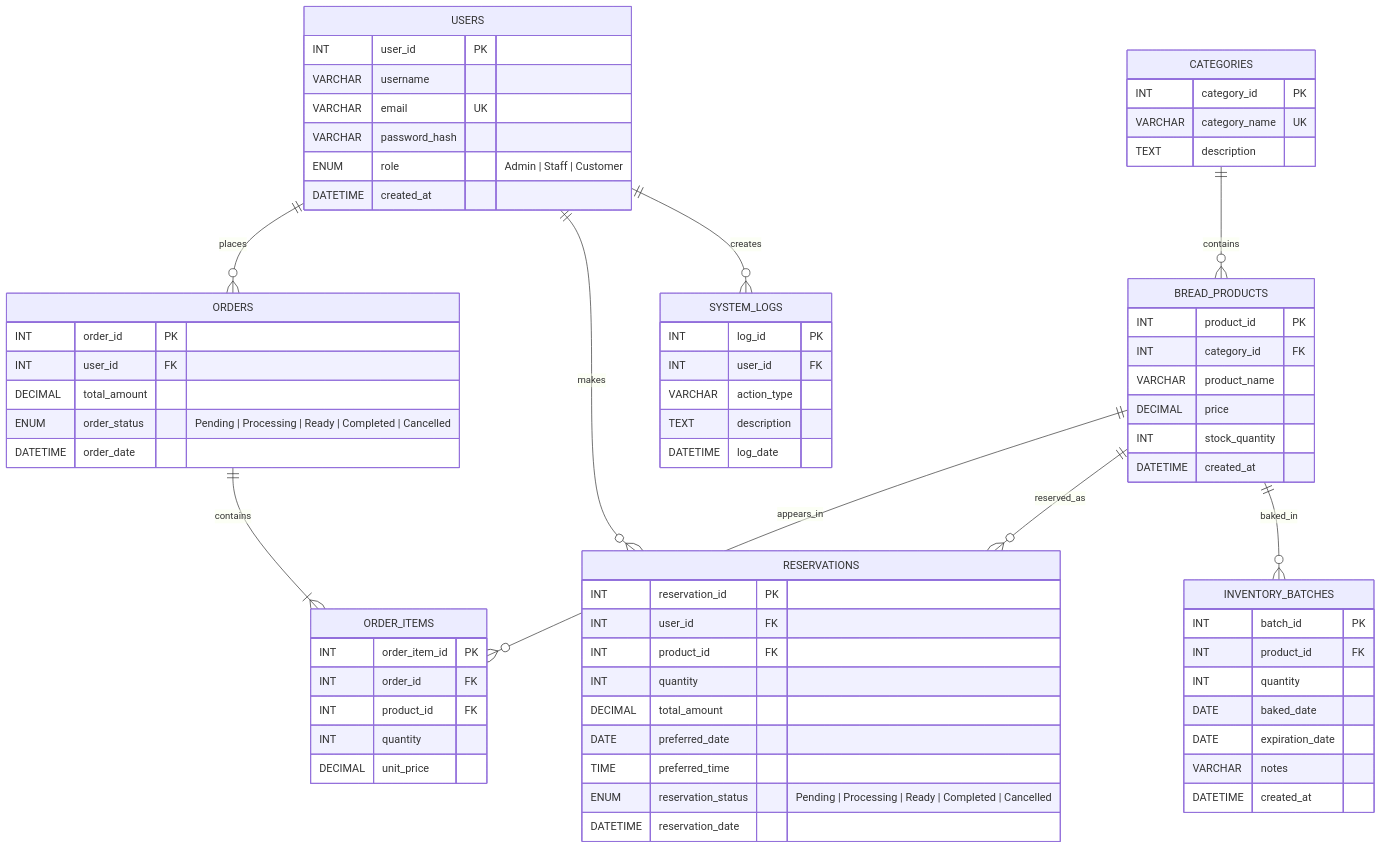
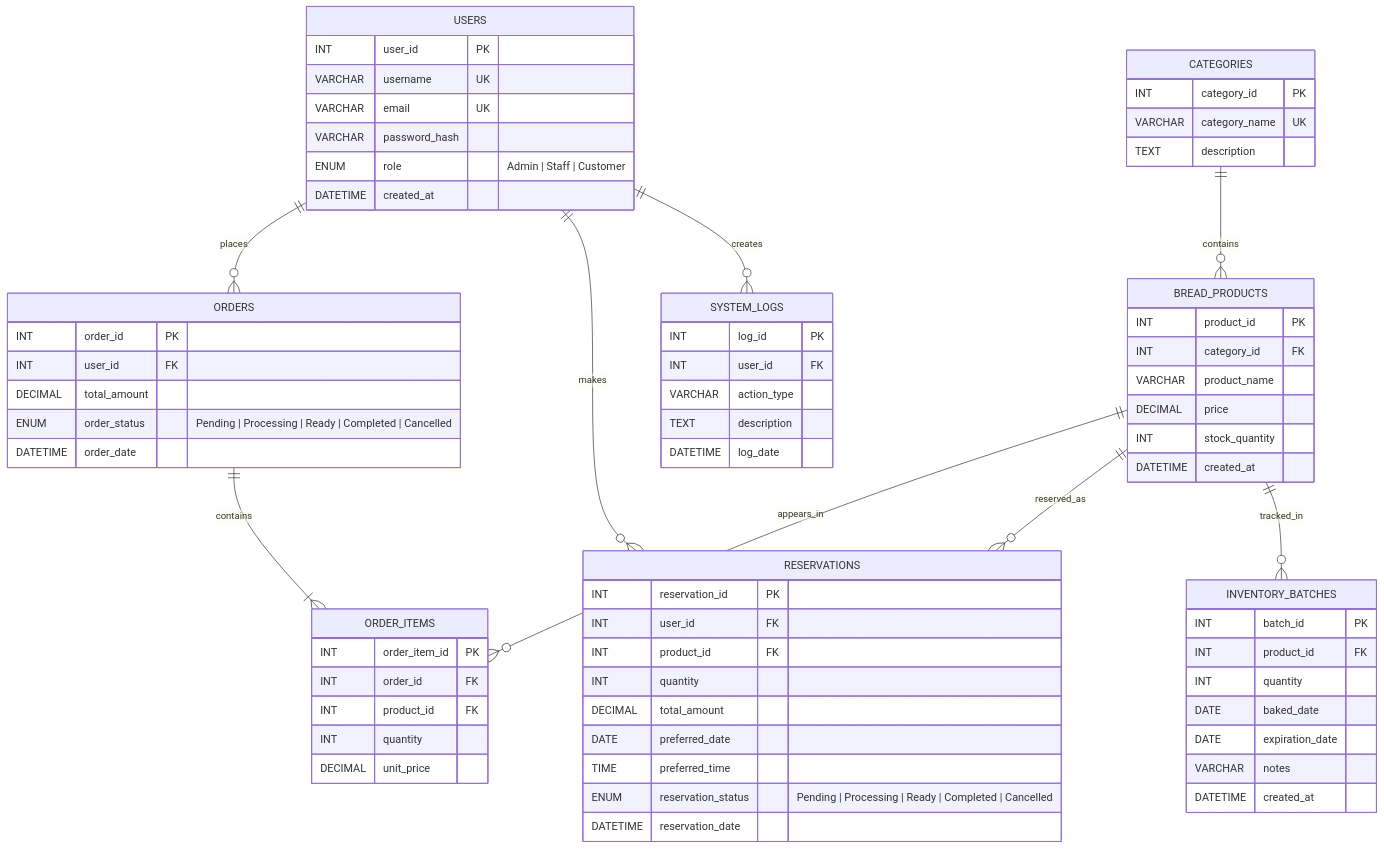
The diagram in docs/PANADERO-LOCAL-ERD-UPDATED.md (jesustalingting3-star/panadero-bakery-system), drawn with Mermaid before and after one commit. The commit also changed other lines of this file and 65 other files, not shown here.

Commit message:
Organize repository and update canonical ERD

````diff
--- a/docs/PANADERO-LOCAL-ERD-UPDATED.md
+++ b/docs/PANADERO-LOCAL-ERD-UPDATED.md
@@ -5,81 +5,81 @@
 ```mermaid
 erDiagram
     USERS ||--o{ ORDERS : places
     USERS ||--o{ RESERVATIONS : makes
     USERS ||--o{ SYSTEM_LOGS : creates
     CATEGORIES ||--o{ BREAD_PRODUCTS : contains
     BREAD_PRODUCTS ||--o{ ORDER_ITEMS : appears_in
     ORDERS ||--|{ ORDER_ITEMS : contains
     BREAD_PRODUCTS ||--o{ RESERVATIONS : reserved_as
-    BREAD_PRODUCTS ||--o{ INVENTORY_BATCHES : baked_in
+    BREAD_PRODUCTS ||--o{ INVENTORY_BATCHES : tracked_in
 
     USERS {
         INT user_id PK
-        VARCHAR username
+        VARCHAR username UK
         VARCHAR email UK
         VARCHAR password_hash
         ENUM role "Admin | Staff | Customer"
         DATETIME created_at
     }
 
     CATEGORIES {
         INT category_id PK
         VARCHAR category_name UK
         TEXT description
     }
 
     BREAD_PRODUCTS {
         INT product_id PK
         INT category_id FK
         VARCHAR product_name
         DECIMAL price
         INT stock_quantity
         DATETIME created_at
     }
 
     ORDERS {
         INT order_id PK
         INT user_id FK
         DECIMAL total_amount
         ENUM order_status "Pending | Processing | Ready | Completed | Cancelled"
         DATETIME order_date
     }
 
     ORDER_ITEMS {
         INT order_item_id PK
         INT order_id FK
         INT product_id FK
         INT quantity
         DECIMAL unit_price
     }
 
     RESERVATIONS {
         INT reservation_id PK
         INT user_id FK
         INT product_id FK
         INT quantity
         DECIMAL total_amount
         DATE preferred_date
         TIME preferred_time
         ENUM reservation_status "Pending | Processing | Ready | Completed | Cancelled"
         DATETIME reservation_date
     }
 
     INVENTORY_BATCHES {
         INT batch_id PK
         INT product_id FK
         INT quantity
         DATE baked_date
         DATE expiration_date
         VARCHAR notes
         DATETIME created_at
     }
 
     SYSTEM_LOGS {
         INT log_id PK
         INT user_id FK
         VARCHAR action_type
         TEXT description
         DATETIME log_date
     }
 ```
````
